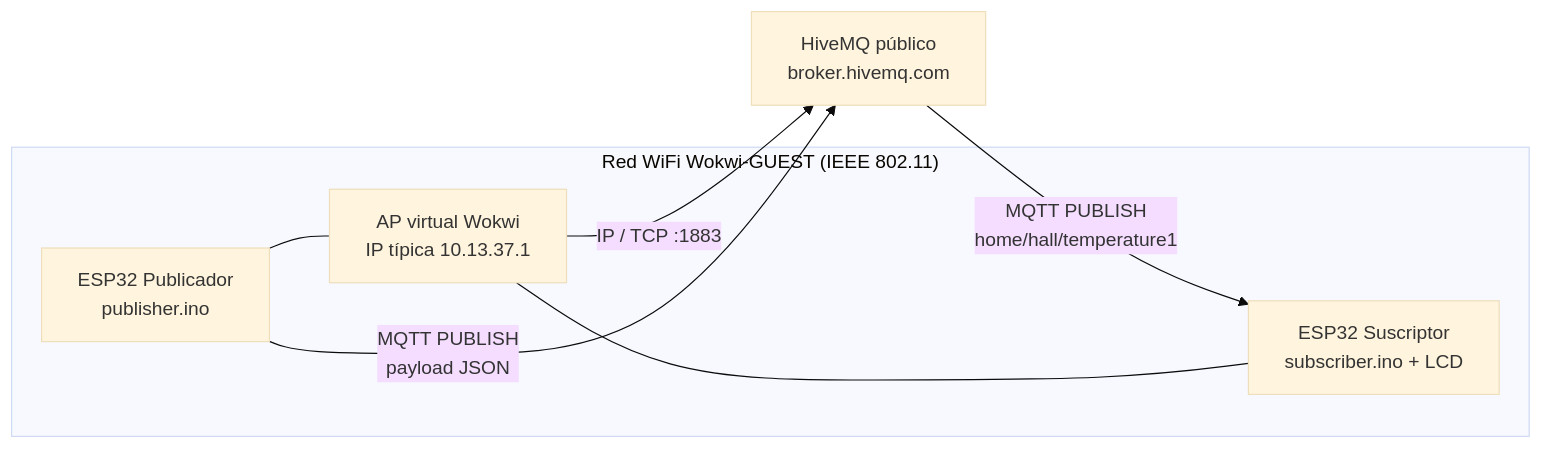
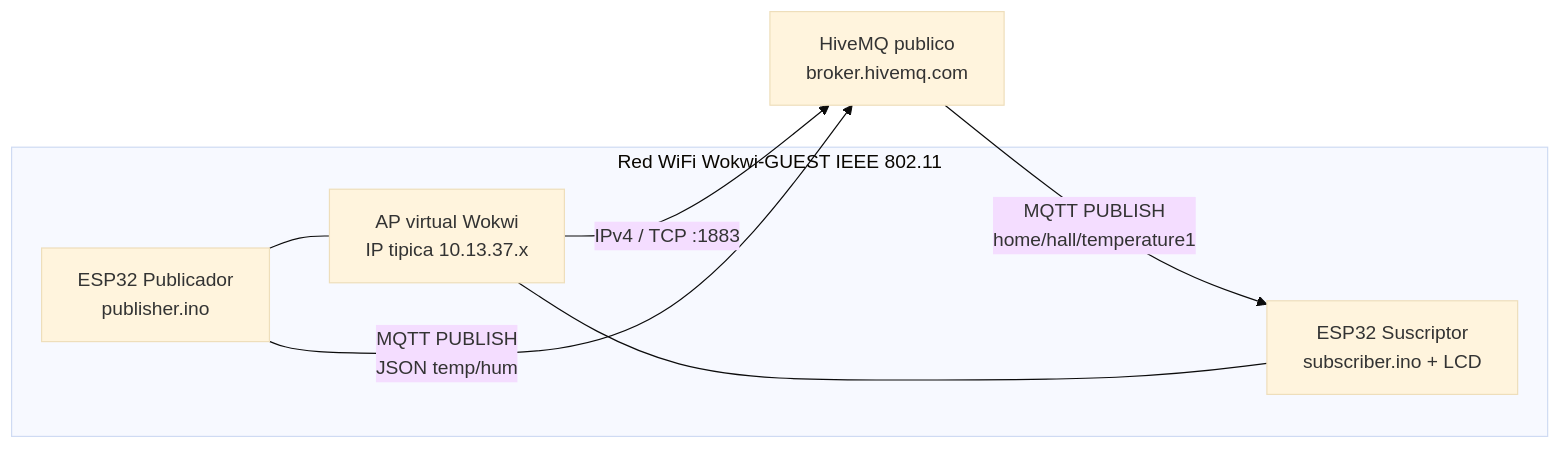
Before and after one commit to EgCooper/IoT-Labs: the diagram in INFORME.md, drawn with Mermaid (base theme). The commit also changed other lines of this file and 7 other files, not shown here.

````diff
--- a/INFORME.md
+++ b/INFORME.md
@@ -25,14 +49,14 @@
 ```mermaid
 flowchart LR
-  subgraph Wokwi["Red WiFi Wokwi-GUEST (IEEE 802.11)"]
+  subgraph Wokwi["Red WiFi Wokwi-GUEST IEEE 802.11"]
     PUB["ESP32 Publicador<br/>publisher.ino"]
     SUB["ESP32 Suscriptor<br/>subscriber.ino + LCD"]
-    AP["AP virtual Wokwi<br/>IP típica 10.13.37.1"]
+    AP["AP virtual Wokwi<br/>IP tipica 10.13.37.x"]
     PUB --- AP
     SUB --- AP
   end
 
-  AP -->|"IP / TCP :1883"| BROKER["HiveMQ público<br/>broker.hivemq.com"]
+  AP -->|"IPv4 / TCP :1883"| BROKER["HiveMQ publico<br/>broker.hivemq.com"]
+  PUB -->|"MQTT PUBLISH<br/>JSON temp/hum"| BROKER
   BROKER -->|"MQTT PUBLISH<br/>home/hall/temperature1"| SUB
-  PUB -->|"MQTT PUBLISH<br/>payload JSON"| BROKER
 ```
````
